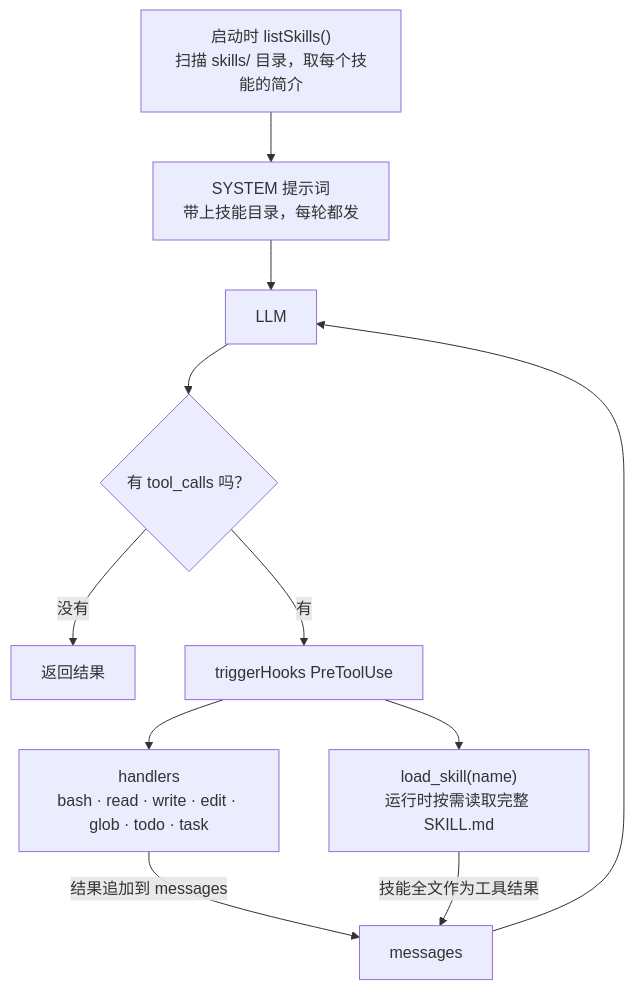
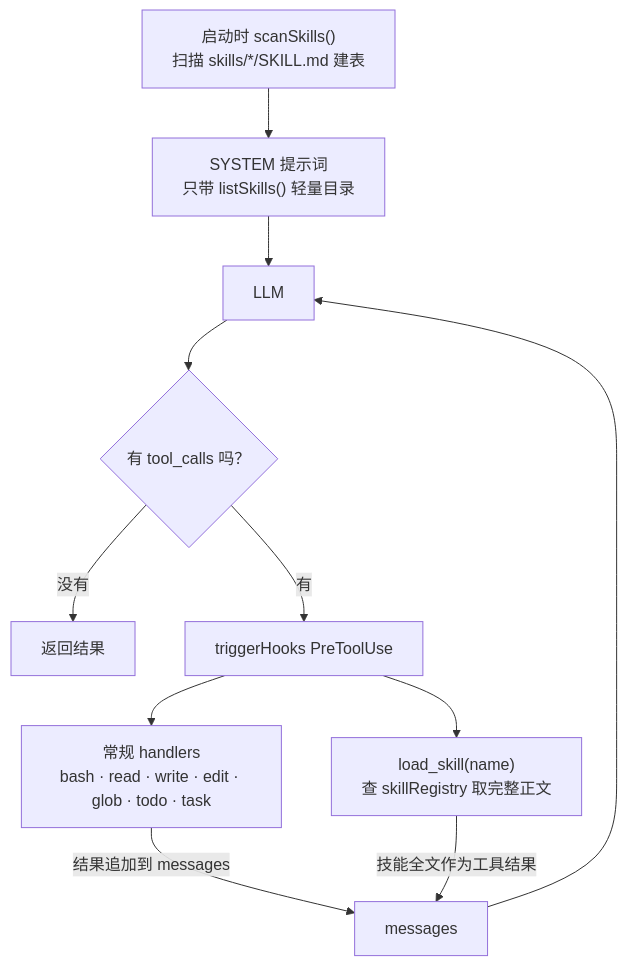
Before and after one commit to shengxinjing/build-your-agent: the diagram in code-agent-course/s07-skill-loading.md, drawn with Mermaid. The commit also changed other lines of this file and 13 other files, not shown here.

````diff
--- a/code-agent-course/s07-skill-loading.md
+++ b/code-agent-course/s07-skill-loading.md
@@ -23,13 +17,13 @@
 ```mermaid
 flowchart TD
-  SC["启动时 listSkills()<br/>扫描 skills/ 目录，取每个技能的简介"] --> SYS["SYSTEM 提示词<br/>带上技能目录，每轮都发"]
+  SC["启动时 scanSkills()<br/>扫描 skills/*/SKILL.md 建表"] --> SYS["SYSTEM 提示词<br/>只带 listSkills() 轻量目录"]
   SYS --> L
   M["messages"] --> L["LLM"]
   L --> Q{"有 tool_calls 吗？"}
   Q -->|没有| R["返回结果"]
   Q -->|有| PRE["triggerHooks PreToolUse"]
-  PRE --> H["handlers<br/>bash · read · write · edit · glob · todo · task"]
-  PRE --> LS["load_skill(name)<br/>运行时按需读取完整 SKILL.md"]
+  PRE --> H["常规 handlers<br/>bash · read · write · edit · glob · todo · task"]
+  PRE --> LS["load_skill(name)<br/>查 skillRegistry 取完整正文"]
   H -->|结果追加到 messages| M
   LS -->|技能全文作为工具结果| M
 ```
````
